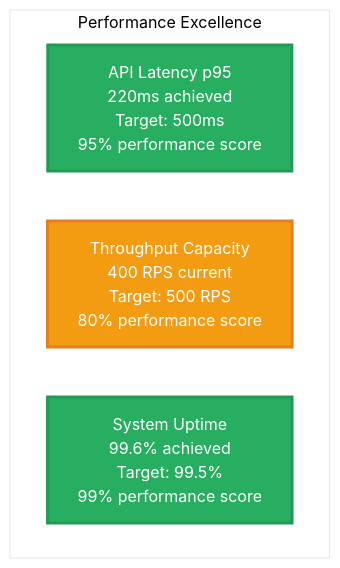
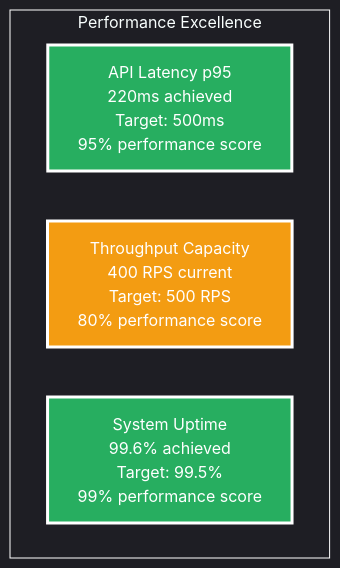
One commit to PriscillaOng12/AI-Code-Review-Squad changed the sixth of 20 diagrams in README.md. Above: the diagram before and after it, drawn with Mermaid. The commit also changed other lines of this file, not shown here.

````diff
--- a/README.md
+++ b/README.md
@@ -183,13 +183,13 @@
 ```mermaid
-%%{init: {'theme': 'base', 'themeVariables': {'primaryColor': '#ffffff', 'primaryTextColor': '#2c3e50', 'primaryBorderColor': '#2c3e50', 'lineColor': '#34495e', 'secondaryColor': '#ffffff', 'tertiaryColor': '#ffffff', 'background': '#ffffff', 'mainBkg': '#ffffff', 'secondBkg': '#ffffff', 'tertiaryBkg': '#ffffff'}}}%%
+%%{init: {'theme': 'dark', 'themeVariables': {'primaryColor': 'transparent', 'primaryTextColor': '#ffffff', 'primaryBorderColor': '#ffffff', 'lineColor': '#ffffff', 'secondaryColor': 'transparent', 'tertiaryColor': 'transparent', 'background': 'transparent', 'mainBkg': 'transparent', 'secondBkg': 'transparent', 'tertiaryBkg': 'transparent', 'clusterBkg': 'transparent', 'clusterBorder': '#ffffff', 'edgeLabelBackground': 'transparent'}}}%%
 graph TB
     subgraph "Performance Excellence"
         API[API Latency p95<br/>220ms achieved<br/>Target: 500ms<br/>95% performance score]
         THROUGHPUT[Throughput Capacity<br/>400 RPS current<br/>Target: 500 RPS<br/>80% performance score]
         UPTIME[System Uptime<br/>99.6% achieved<br/>Target: 99.5%<br/>99% performance score]
     end
     
-    style API fill:#27ae60,stroke:#229954,stroke-width:3px,color:#ffffff
-    style THROUGHPUT fill:#f39c12,stroke:#e67e22,stroke-width:3px,color:#ffffff
-    style UPTIME fill:#27ae60,stroke:#229954,stroke-width:3px,color:#ffffff
+    style API fill:#27ae60,stroke:#ffffff,stroke-width:3px,color:#ffffff
+    style THROUGHPUT fill:#f39c12,stroke:#ffffff,stroke-width:3px,color:#ffffff
+    style UPTIME fill:#27ae60,stroke:#ffffff,stroke-width:3px,color:#ffffff
 ```
````
